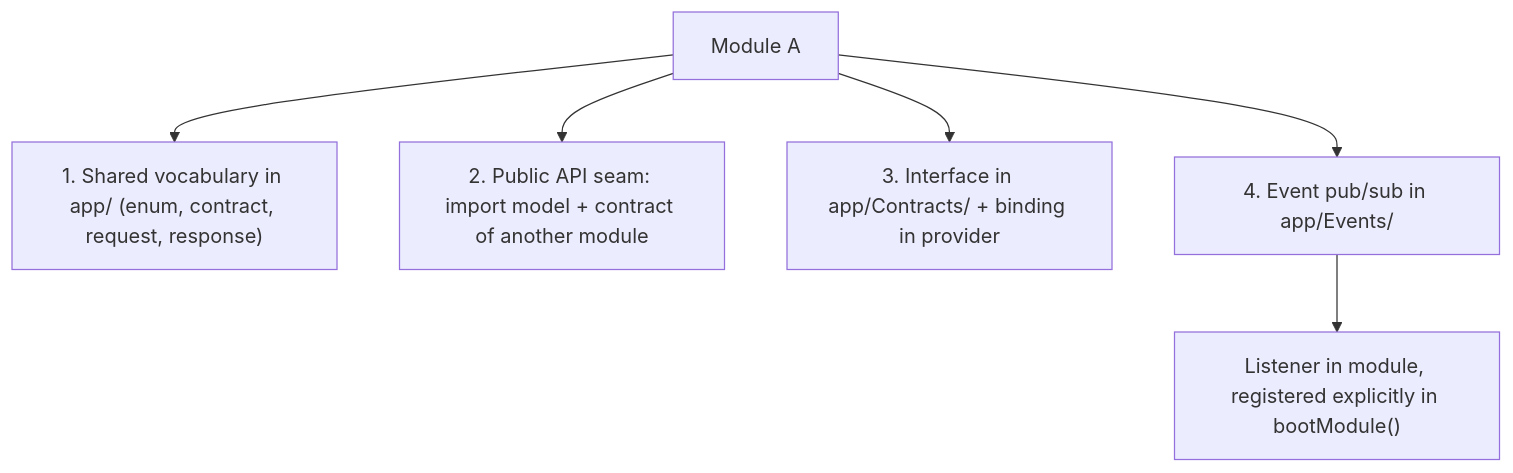
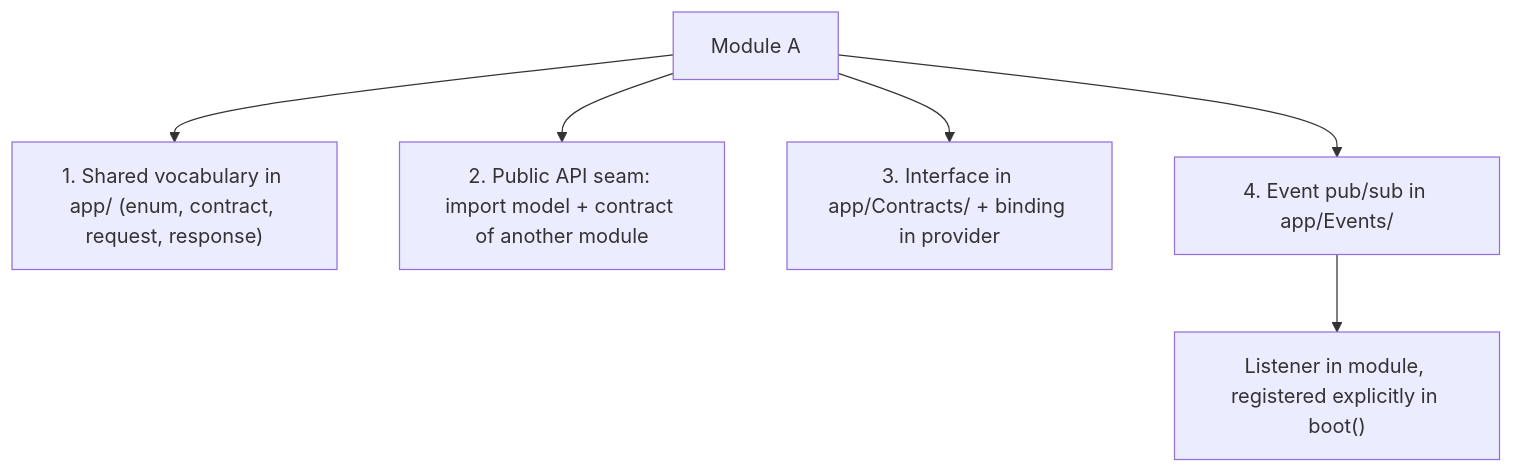
The fifth of 7 diagrams in docs/architecture.md (thomiOmi/laravel-starterkit-api), drawn with Mermaid before and after one commit. The commit also changed other lines of this file and 39 other files, not shown here.

````diff
--- a/docs/architecture.md
+++ b/docs/architecture.md
@@ -168,8 +167,8 @@
 ```mermaid
 flowchart TB
     A["Module A"] --> S["1. Shared vocabulary in app/ (enum, contract, request, response)"]
     A --> P["2. Public API seam: import model + contract of another module"]
     A --> I["3. Interface in app/Contracts/ + binding in provider"]
     A --> E["4. Event pub/sub in app/Events/"]
-    E --> L["Listener in module, registered explicitly in bootModule()"]
+    E --> L["Listener in module, registered explicitly in boot()"]
 ```
````
